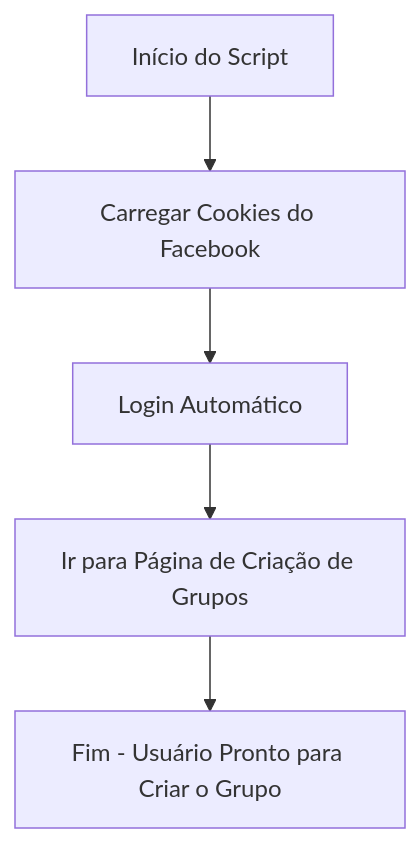
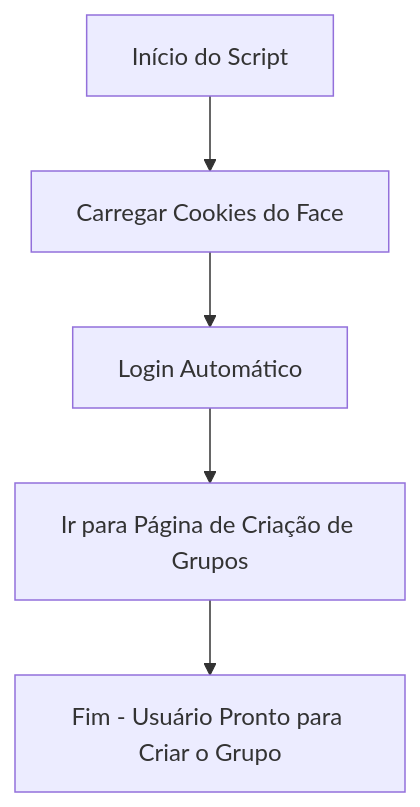
Before and after one commit to Apoloundifinied/AutoGroupPy: the diagram in README.md, drawn with Mermaid.

````diff
--- a/README.md
+++ b/README.md
@@ -34,7 +34,7 @@
 ```mermaid
 graph TD;
-    A[Início do Script] --> B[Carregar Cookies do Facebook];
+    A[Início do Script] --> B[Carregar Cookies do Face];
     B --> C[Login Automático];
     C --> D[Ir para Página de Criação de Grupos];
     D --> E[Fim - Usuário Pronto para Criar o Grupo];
 ```
````
